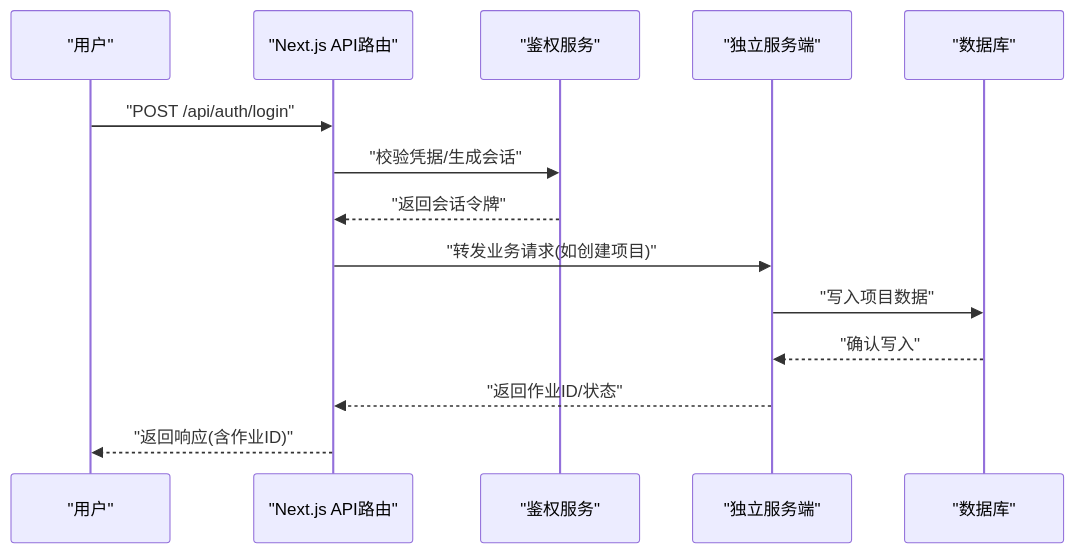
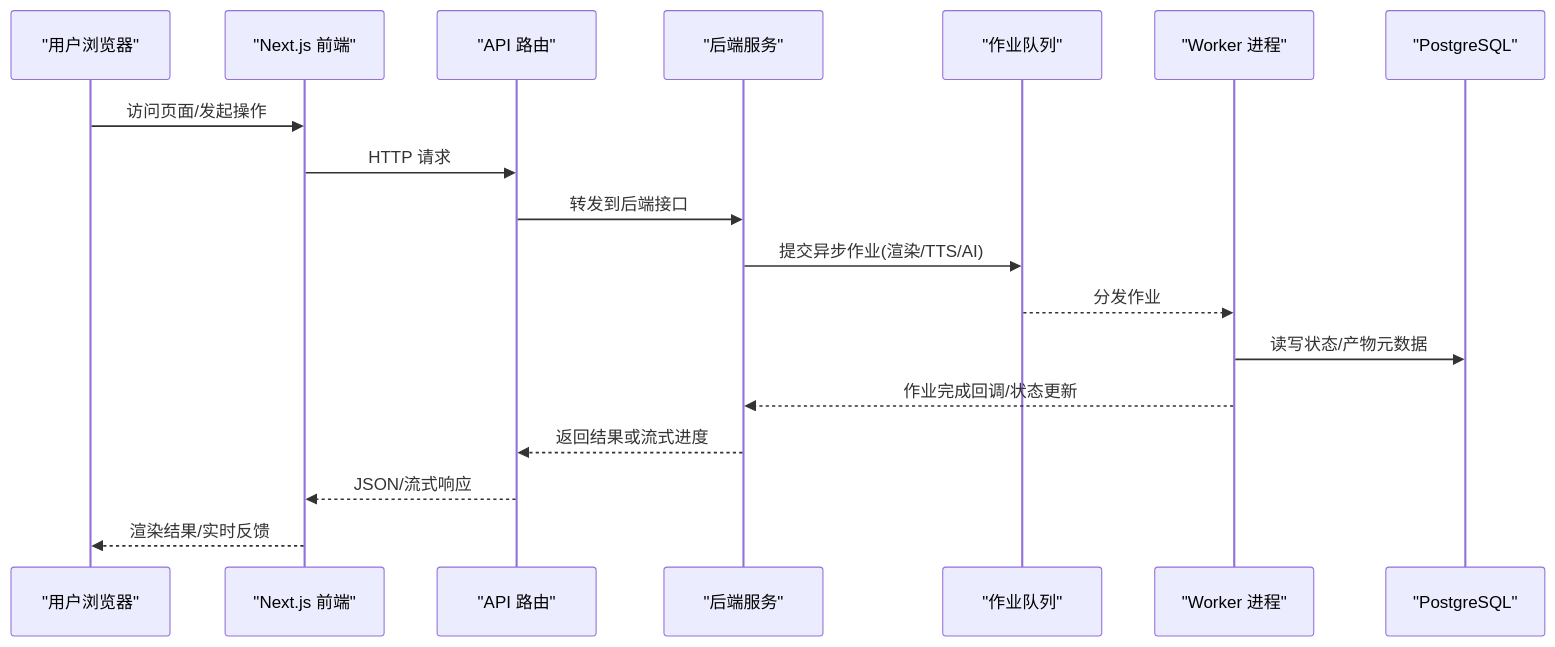
One commit to scottcwy/PurpleInk changed the second of 8 diagrams in .qoder/repowiki/zh/content/架构设计/系统架构概览.md. Above: the diagram before and after it, drawn with Mermaid. The commit also changed other lines of this file and 872 other files, not shown here.

````diff
--- a/.qoder/repowiki/zh/content/架构设计/系统架构概览.md
+++ b/.qoder/repowiki/zh/content/架构设计/系统架构概览.md
@@ -161,16 +139,20 @@
 ```mermaid
 sequenceDiagram
-participant U as "用户"
-participant N as "Next.js API路由"
-participant A as "鉴权服务"
-participant S as "独立服务端"
-participant D as "数据库"
-U->>N : "POST /api/auth/login"
-N->>A : "校验凭据/生成会话"
-A-->>N : "返回会话令牌"
-N->>S : "转发业务请求(如创建项目)"
-S->>D : "写入项目数据"
-D-->>S : "确认写入"
-S-->>N : "返回作业ID/状态"
-N-->>U : "返回响应(含作业ID)"
+participant U as "用户浏览器"
+participant FE as "Next.js 前端"
+participant API as "API 路由"
+participant BE as "后端服务"
+participant Q as "作业队列"
+participant W as "Worker 进程"
+participant DB as "PostgreSQL"
+U->>FE : 访问页面/发起操作
+FE->>API : HTTP 请求
+API->>BE : 转发到后端接口
+BE->>Q : 提交异步作业(渲染/TTS/AI)
+Q-->>W : 分发作业
+W->>DB : 读写状态/产物元数据
+W-->>BE : 作业完成回调/状态更新
+BE-->>API : 返回结果或流式进度
+API-->>FE : JSON/流式响应
+FE-->>U : 渲染结果/实时反馈
 ```
````
